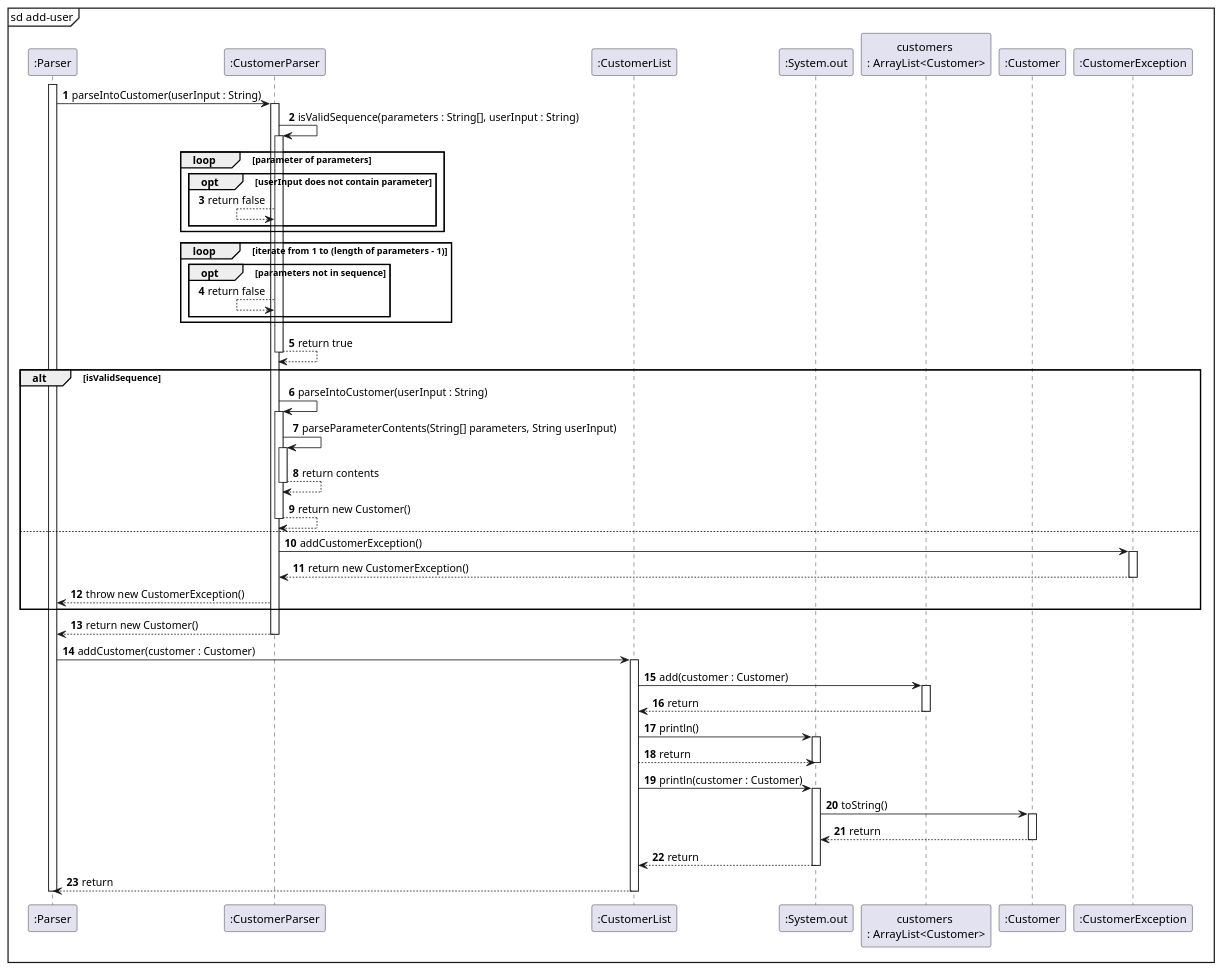
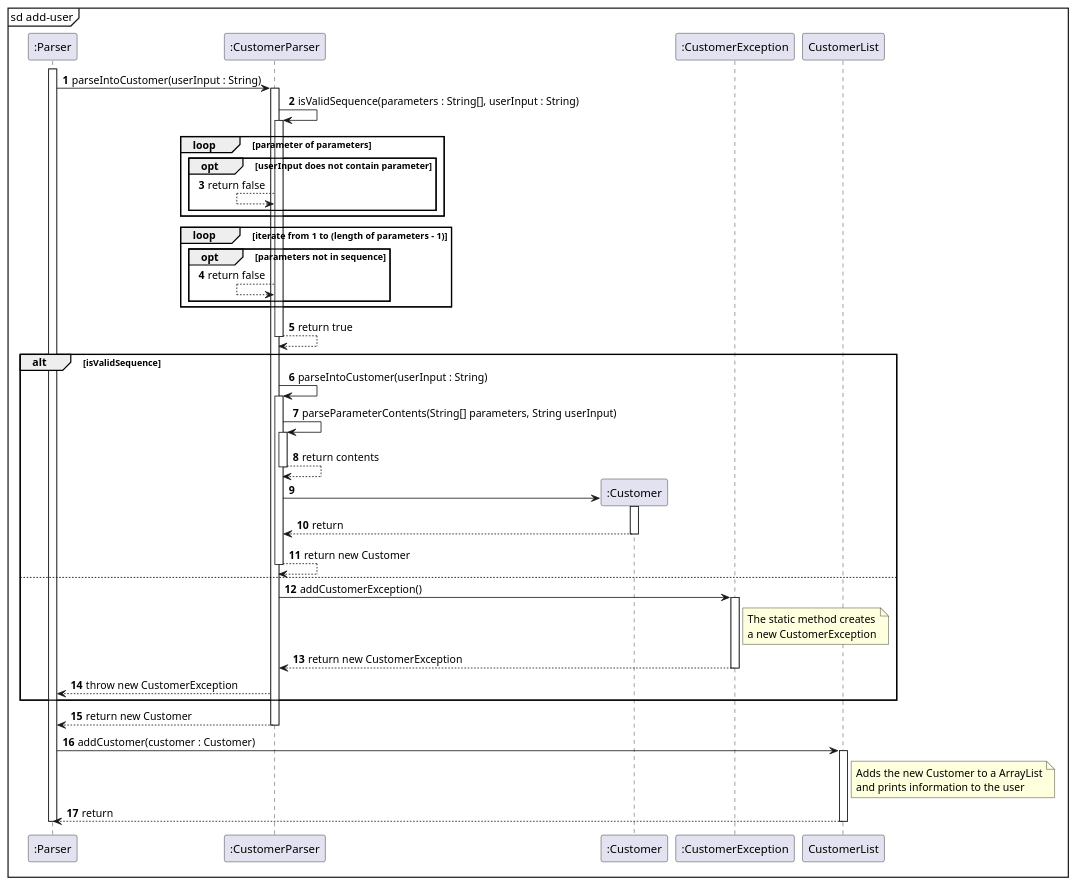
Before and after one commit to rexkoh425/tp: the diagram in docs/UML/AddCustomerSequence.puml, drawn with PlantUML.

Commit message:
Fix issue #195

```diff
--- a/docs/UML/AddCustomerSequence.puml
+++ b/docs/UML/AddCustomerSequence.puml
@@ -1,79 +1,70 @@
 @startuml
 'https://plantuml.com/sequence-diagram
 
 autonumber
 mainframe sd add-user
 participant ":Parser" as Parser
 participant ":CustomerParser" as CustomerParser
-participant ":CustomerList" as CustomerList
-participant ":System.out" as System.out
-participant "customers \n: ArrayList<Customer>" as CustomerArrayList
 participant ":Customer" as Customer
 participant ":CustomerException" as CustomerException
 
 activate Parser
 Parser -> CustomerParser : parseIntoCustomer(userInput : String)
 activate CustomerParser
     CustomerParser -> CustomerParser : isValidSequence(parameters : String[], userInput : String)
     activate CustomerParser
         loop parameter of parameters
             opt userInput does not contain parameter
                 CustomerParser <-- CustomerParser : return false
             end opt
         end loop
 
         loop iterate from 1 to (length of parameters - 1)
             opt parameters not in sequence
                 CustomerParser <-- CustomerParser : return false
             end opt
         end loop
 
         CustomerParser --> CustomerParser : return true
     deactivate CustomerParser
 
     alt isValidSequence
         CustomerParser -> CustomerParser : parseIntoCustomer(userInput : String)
         activate CustomerParser
             CustomerParser -> CustomerParser :parseParameterContents(String[] parameters, String userInput)
             activate CustomerParser
                 CustomerParser --> CustomerParser : return contents
             deactivate CustomerParser
-            CustomerParser --> CustomerParser : return new Customer()
+            create Customer
+
+            CustomerParser -> Customer :
+            activate Customer
+            CustomerParser <-- Customer : return
+            deactivate Customer
+            CustomerParser --> CustomerParser : return new Customer
         deactivate CustomerParser
     else
         CustomerParser -> CustomerException : addCustomerException()
         activate CustomerException
-
-            CustomerException --> CustomerParser : return new CustomerException()
+            note right of CustomerException
+                The static method creates
+                a new CustomerException
+            end note
+            CustomerException --> CustomerParser : return new CustomerException
         deactivate CustomerException
-        Parser <-- CustomerParser : throw new CustomerException()
+        Parser <-- CustomerParser : throw new CustomerException
     end alt
-    Parser <-- CustomerParser : return new Customer()
+    Parser <-- CustomerParser : return new Customer
 
 deactivate CustomerParser
 
 Parser -> CustomerList : addCustomer(customer : Customer)
+note right of CustomerList
+    Adds the new Customer to a ArrayList
+    and prints information to the user
+end note
 activate CustomerList
-
-    CustomerList -> CustomerArrayList : add(customer : Customer)
-    activate CustomerArrayList
-
-        CustomerArrayList --> CustomerList : return
-    deactivate CustomerArrayList
-
-    CustomerList -> System.out : println()
-    activate System.out
-        System.out <-- CustomerList : return
-    deactivate System.out
-    CustomerList -> System.out : println(customer : Customer)
-    activate System.out
-        System.out -> Customer : toString()
-        activate Customer
-            Customer --> System.out : return
-        deactivate Customer
-    CustomerList <-- System.out : return
-    deactivate System.out
-Parser <-- CustomerList : return
+    Parser <-- CustomerList : return
 deactivate CustomerList
 deactivate Parser
 @enduml
```
